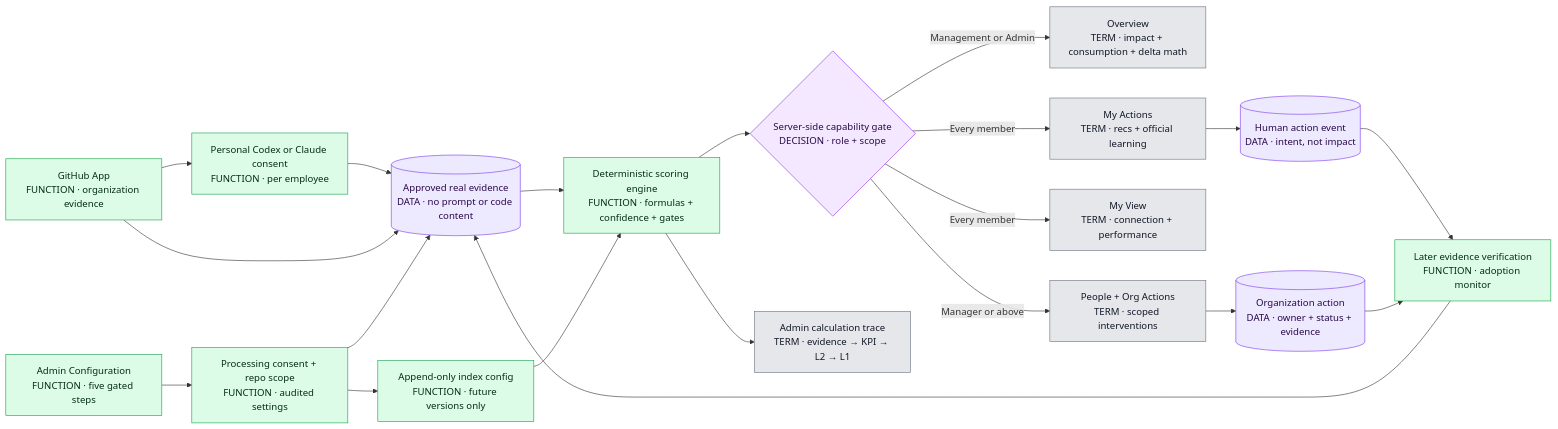
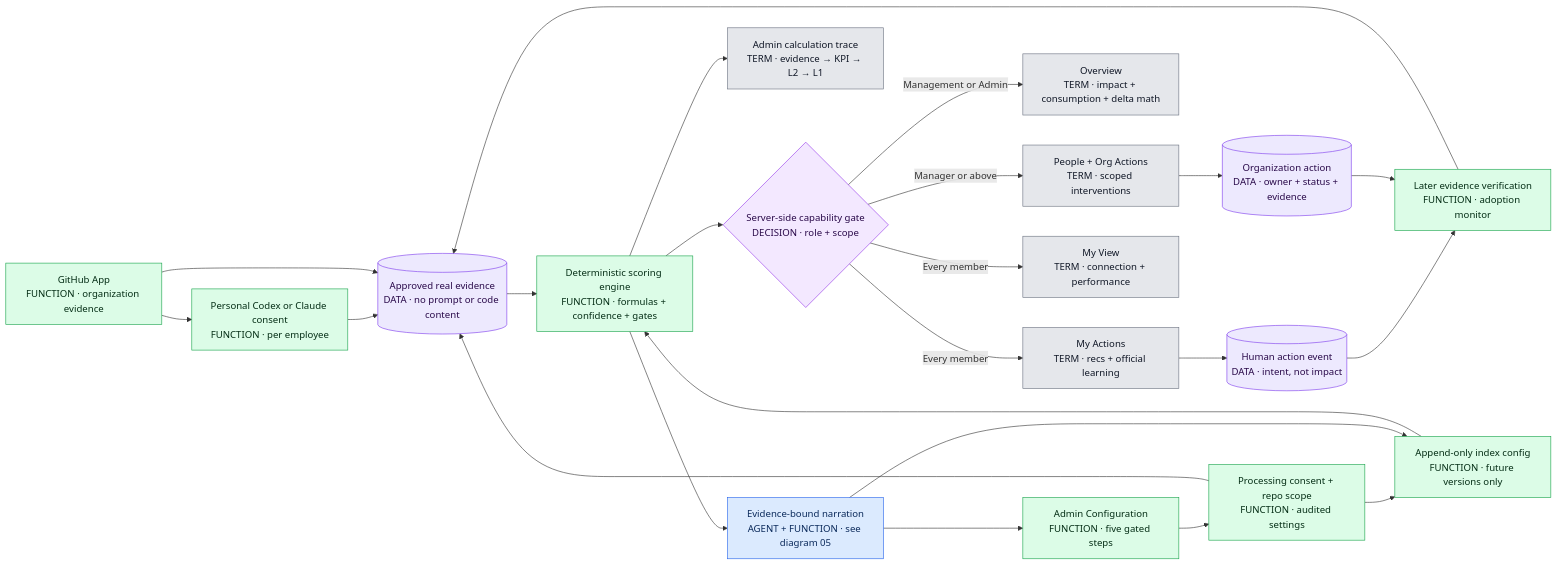
Before and after one commit to APareek89/prism_v1: the diagram in docs/mermaid/01-product-flow.mmd, drawn with Mermaid. The commit also changed 52 other files, not shown here.

First line of the commit message:
Evidence-bound agent insights, audit flow, and top navigation (#19)

```diff
--- a/docs/mermaid/01-product-flow.mmd
+++ b/docs/mermaid/01-product-flow.mmd
@@ -1,32 +1,38 @@
 %% Prism product decision flow
-%% verified: 2026-07-18 configuration + role-aware action workflow
-%% files: apps/web/lib/nav/routes.ts, apps/web/app/(views)/configure/page.tsx, apps/web/app/(views)/function/page.tsx, apps/web/app/(views)/me/page.tsx, apps/web/app/(views)/my-actions/page.tsx, apps/web/app/(views)/org-actions/page.tsx
+%% verified: 2026-07-18 top navigation + evidence-bound insight workflow
+%% files: apps/web/components/layout/TopNav.tsx, apps/web/lib/nav/routes.ts, apps/web/app/(views)/configure/page.tsx, apps/web/app/(views)/function/page.tsx, apps/web/app/(views)/me/page.tsx, apps/web/app/(views)/my-actions/page.tsx, apps/web/app/(views)/org-actions/page.tsx
 %% granularity: master
 flowchart LR
   A["GitHub App<br/>FUNCTION · organization evidence"] --> B["Personal Codex or Claude consent<br/>FUNCTION · per employee"]
   B --> C[("Approved real evidence<br/>DATA · no prompt or code content")]
   A --> C
   D["Admin Configuration<br/>FUNCTION · five gated steps"] --> E["Processing consent + repo scope<br/>FUNCTION · audited settings"]
   E --> C
   E --> F["Append-only index config<br/>FUNCTION · future versions only"]
   C --> G["Deterministic scoring engine<br/>FUNCTION · formulas + confidence + gates"]
   F --> G
   G --> H{"Server-side capability gate<br/>DECISION · role + scope"}
   H -->|"Management or Admin"| I["Overview<br/>TERM · impact + consumption + delta math"]
   H -->|"Manager or above"| J["People + Org Actions<br/>TERM · scoped interventions"]
   H -->|"Every member"| K["My View<br/>TERM · connection + performance"]
   H -->|"Every member"| L["My Actions<br/>TERM · recs + official learning"]
   G --> M["Admin calculation trace<br/>TERM · evidence → KPI → L2 → L1"]
+  G --> Q["Evidence-bound narration<br/>AGENT + FUNCTION · see diagram 05"]
+  Q --> D
+  Q --> F
   L --> N[("Human action event<br/>DATA · intent, not impact")]
   J --> O[("Organization action<br/>DATA · owner + status + evidence")]
   N --> P["Later evidence verification<br/>FUNCTION · adoption monitor"]
   O --> P
   P --> C
   class A,B,D,E,F,G,P fn;
+  class Q agent;
   class C,N,O data;
   class H dec;
   class I,J,K,L,M term;
   classDef fn fill:#dcfce7,stroke:#16a34a,color:#052e16;
   classDef dec fill:#f3e8ff,stroke:#9333ea,color:#2a0a4a;
   classDef term fill:#e5e7eb,stroke:#6b7280,color:#111827;
   classDef data fill:#ede9fe,stroke:#7c3aed,color:#2a0a4a;
+  classDef agent fill:#dbeafe,stroke:#2563eb,color:#0b2a5b;
+  classDef ask fill:#cffafe,stroke:#0891b2,color:#083344;
```
